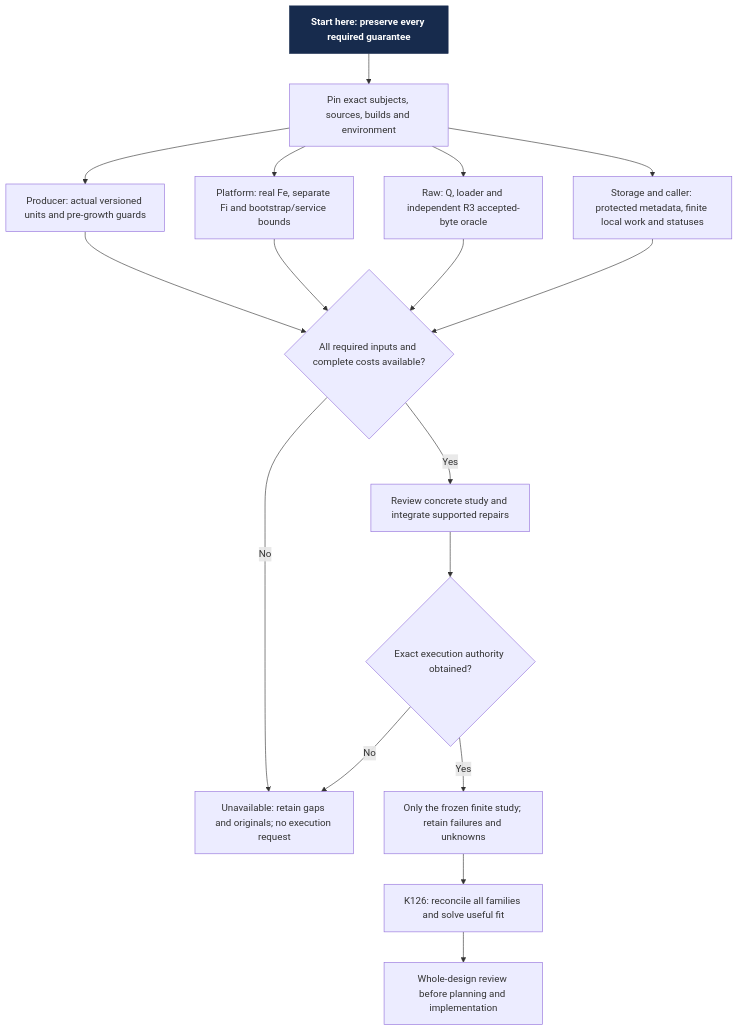
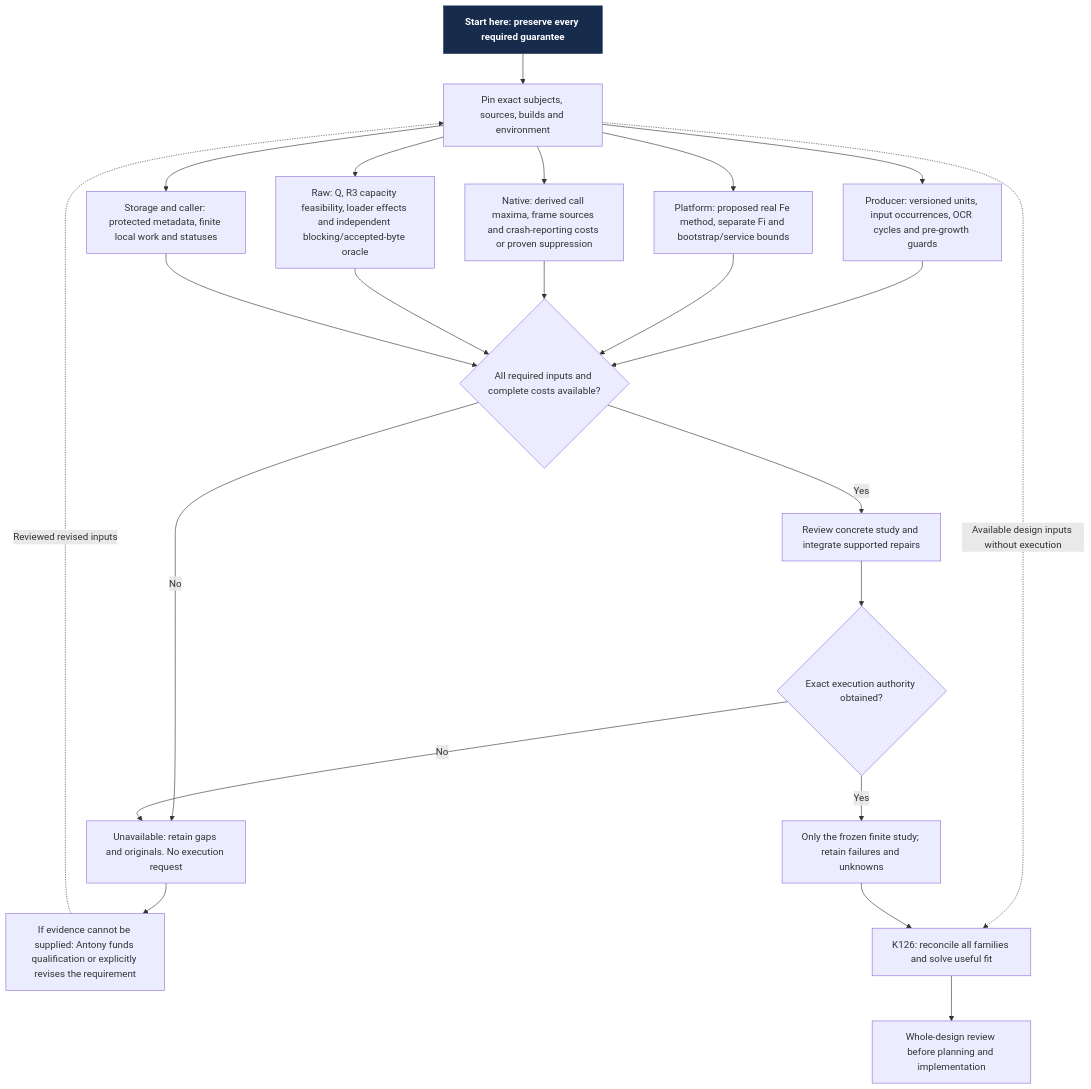
One commit to Linkuistics/Koine changed the diagram in docs/design/architecture/settings-activation/keepalive-evidence.mmd. Above: the diagram before and after it, drawn with Mermaid. The commit also changed 6 other files, not shown here.

Commit message:
settings-keepalive-native-evidence-scope-k144: integrate k143 evidence scope findings

```diff
--- a/docs/design/architecture/settings-activation/keepalive-evidence.mmd
+++ b/docs/design/architecture/settings-activation/keepalive-evidence.mmd
@@ -1,32 +1,39 @@
 flowchart TD
     start["Start here: preserve every required guarantee"]
     manifest["Pin exact subjects, sources, builds and environment"]
-    producer["Producer: actual versioned units and pre-growth guards"]
-    platform["Platform: real Fe, separate Fi and bootstrap/service bounds"]
-    raw["Raw: Q, loader and independent R3 accepted-byte oracle"]
+    producer["Producer: versioned units, input occurrences, OCR cycles and pre-growth guards"]
+    platform["Platform: proposed real Fe method, separate Fi and bootstrap/service bounds"]
+    native["Native: derived call maxima, frame sources and crash-reporting costs or proven suppression"]
+    raw["Raw: Q, R3 capacity feasibility, loader effects and independent blocking/accepted-byte oracle"]
     local["Storage and caller: protected metadata, finite local work and statuses"]
     complete{"All required inputs and complete costs available?"}
-    hold["Unavailable: retain gaps and originals; no execution request"]
+    hold["Unavailable: retain gaps and originals. No execution request"]
+    choice["If evidence cannot be supplied: Antony funds qualification or explicitly revises the requirement"]
     review["Review concrete study and integrate supported repairs"]
     authority{"Exact execution authority obtained?"}
     study["Only the frozen finite study; retain failures and unknowns"]
     fit["K126: reconcile all families and solve useful fit"]
     whole["Whole-design review before planning and implementation"]
     start --> manifest
     manifest --> producer
     manifest --> platform
+    manifest --> native
     manifest --> raw
     manifest --> local
+    manifest -.->|Available design inputs without execution| fit
     producer --> complete
     platform --> complete
+    native --> complete
     raw --> complete
     local --> complete
     complete -->|No| hold
     complete -->|Yes| review
     review --> authority
     authority -->|No| hold
     authority -->|Yes| study
+    hold --> choice
+    choice -.->|Reviewed revised inputs| manifest
     study --> fit
     fit --> whole
     classDef entry fill:#172b4d,color:#fff,stroke:#172b4d,font-weight:bold
     class start entry
```
